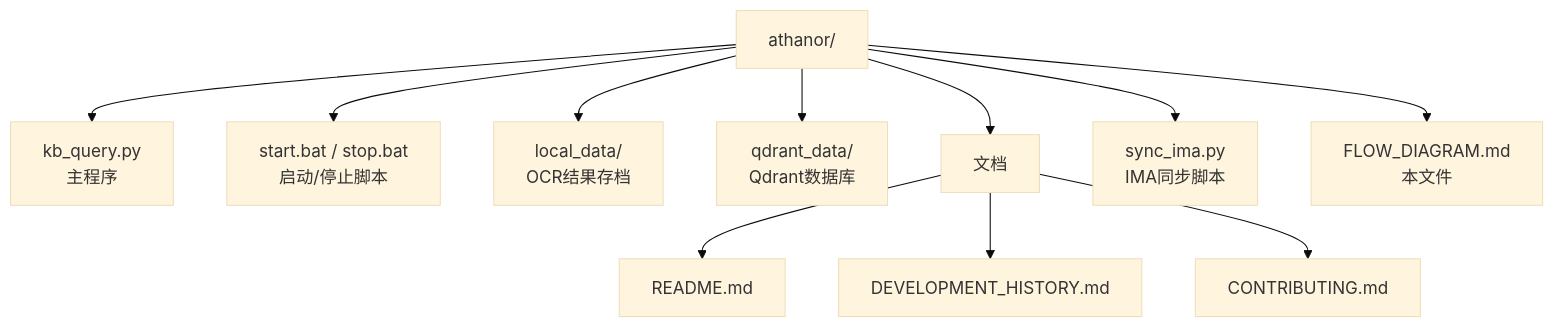
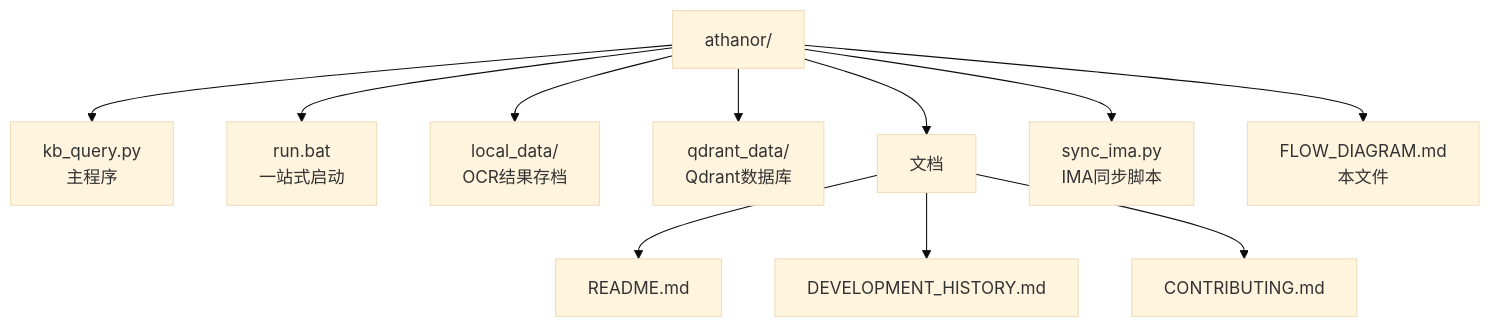
The tenth of 11 diagrams in flow_diagram.md (shiyao222333-afk/kb-query-engine), drawn with Mermaid (base theme) before and after one commit. The commit also changed 4 other files, not shown here.

````diff
--- a/flow_diagram.md
+++ b/flow_diagram.md
@@ -291,19 +291,19 @@
 ```mermaid
 graph TD
     ROOT[athanor/]
 
     ROOT --> KB[kb_query.py<br>主程序]
 
-    ROOT --> START[start.bat / stop.bat<br>启动/停止脚本]
+    ROOT --> RUN[run.bat<br>一站式启动]
 
     ROOT --> DATA[local_data/<br>OCR结果存档]
     ROOT --> QR[qdrant_data/<br>Qdrant数据库]
 
     ROOT --> DOCS[文档]
     DOCS --> README[README.md]
     DOCS --> HISTORY[DEVELOPMENT_HISTORY.md]
     DOCS --> CONTRIB[CONTRIBUTING.md]
 
     ROOT --> SYNC[sync_ima.py<br>IMA同步脚本]
     ROOT --> FLOW[FLOW_DIAGRAM.md<br>本文件]
 ```
````
